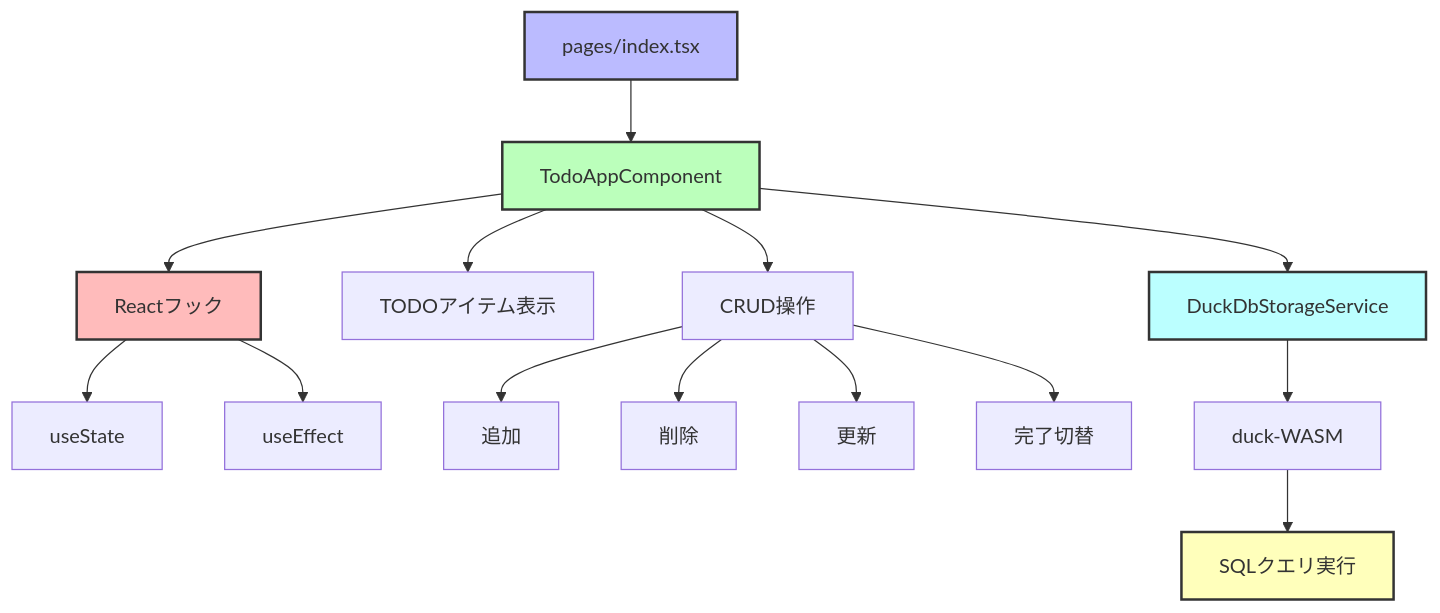
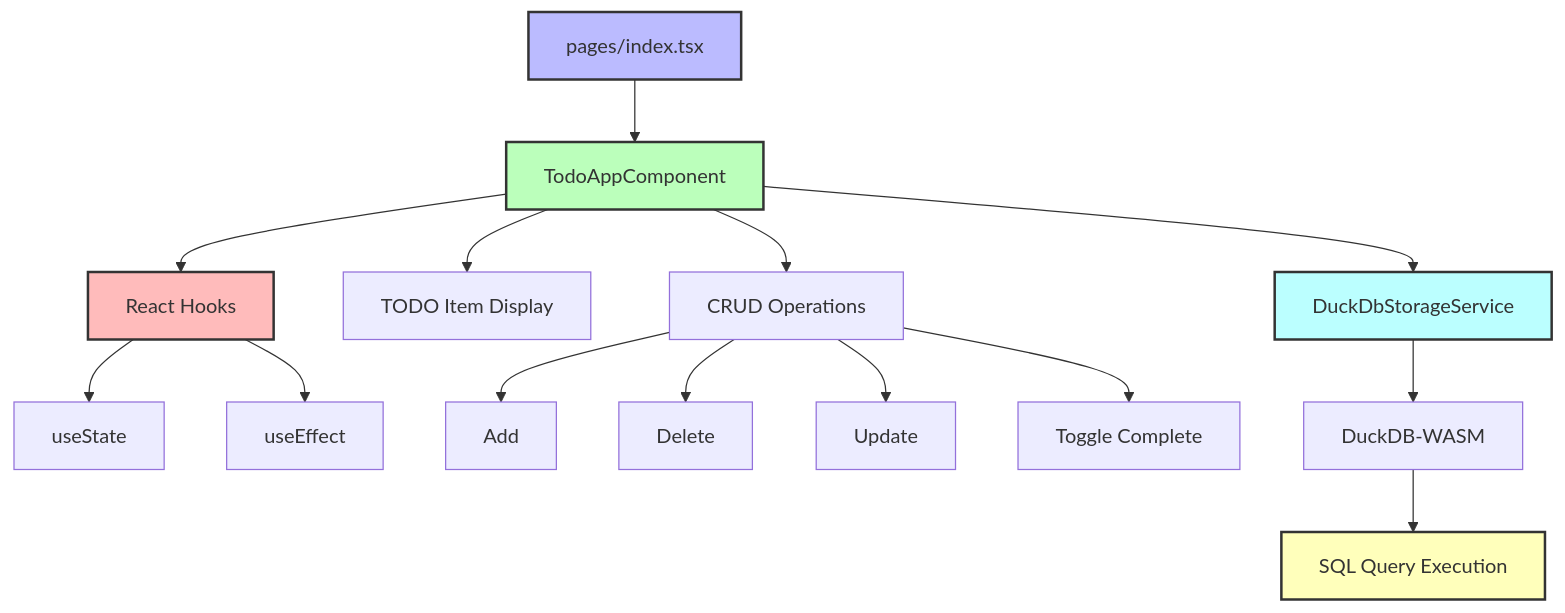
Before and after one commit to ttekun/nextjs-todo-example: the second of 5 diagrams in docs/typescript-nextjs-schema.md, drawn with Mermaid. The commit also changed other lines of this file and 4 other files, not shown here.

````diff
--- a/docs/typescript-nextjs-schema.md
+++ b/docs/typescript-nextjs-schema.md
@@ -25,22 +25,22 @@
 ```mermaid
 graph TD
     A[pages/index.tsx] --> B[TodoAppComponent]
-    B --> C[Reactフック]
+    B --> C[React Hooks]
     C --> D[useState]
     C --> E[useEffect]
-    B --> F[TODOアイテム表示]
-    B --> G[CRUD操作]
-    G --> H[追加]
-    G --> I[削除]
-    G --> J[更新]
-    G --> K[完了切替]
+    B --> F[TODO Item Display]
+    B --> G[CRUD Operations]
+    G --> H[Add]
+    G --> I[Delete]
+    G --> J[Update]
+    G --> K[Toggle Complete]
     B --> L[DuckDbStorageService]
-    L --> M[duck-WASM]
-    M --> N[SQLクエリ実行]
+    L --> M[DuckDB-WASM]
+    M --> N[SQL Query Execution]
 
     style A fill:#bbf,stroke:#333,stroke-width:2px
     style B fill:#bfb,stroke:#333,stroke-width:2px
     style C fill:#fbb,stroke:#333,stroke-width:2px
     style L fill:#bff,stroke:#333,stroke-width:2px
     style N fill:#ffb,stroke:#333,stroke-width:2px
 ```
````
